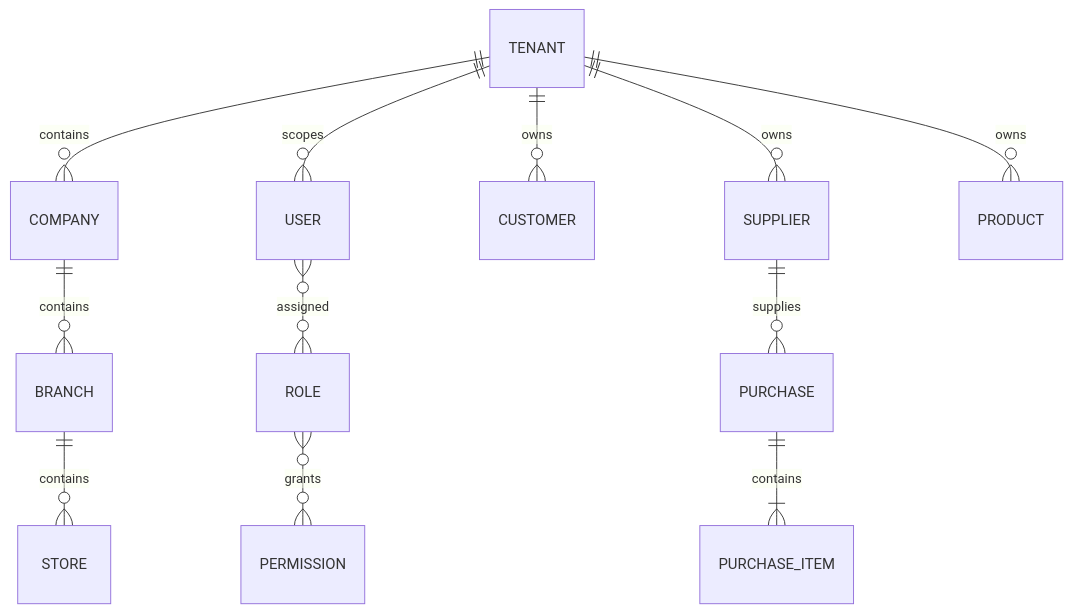
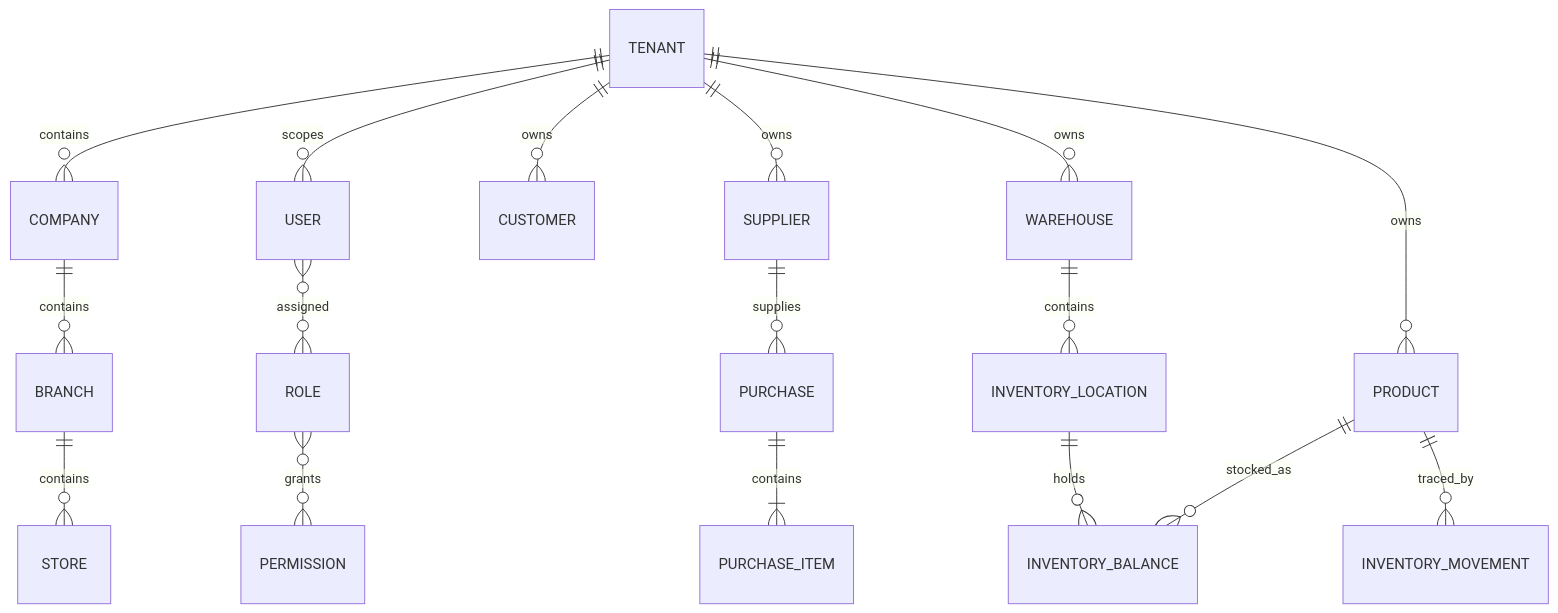
The diagram in docs/04-domain-model.md (amirj1374/sami-full-project), drawn with Mermaid before and after one commit. The commit also changed other lines of this file and 47 other files, not shown here.

````diff
--- a/docs/04-domain-model.md
+++ b/docs/04-domain-model.md
@@ -18,14 +20,19 @@
 ```mermaid
 erDiagram
   TENANT ||--o{ COMPANY : contains
   COMPANY ||--o{ BRANCH : contains
   BRANCH ||--o{ STORE : contains
   TENANT ||--o{ USER : scopes
   USER }o--o{ ROLE : assigned
   ROLE }o--o{ PERMISSION : grants
   TENANT ||--o{ CUSTOMER : owns
   TENANT ||--o{ SUPPLIER : owns
   TENANT ||--o{ PRODUCT : owns
+  TENANT ||--o{ WAREHOUSE : owns
+  WAREHOUSE ||--o{ INVENTORY_LOCATION : contains
+  INVENTORY_LOCATION ||--o{ INVENTORY_BALANCE : holds
+  PRODUCT ||--o{ INVENTORY_BALANCE : stocked_as
+  PRODUCT ||--o{ INVENTORY_MOVEMENT : traced_by
   SUPPLIER ||--o{ PURCHASE : supplies
   PURCHASE ||--|{ PURCHASE_ITEM : contains
 ```
````
